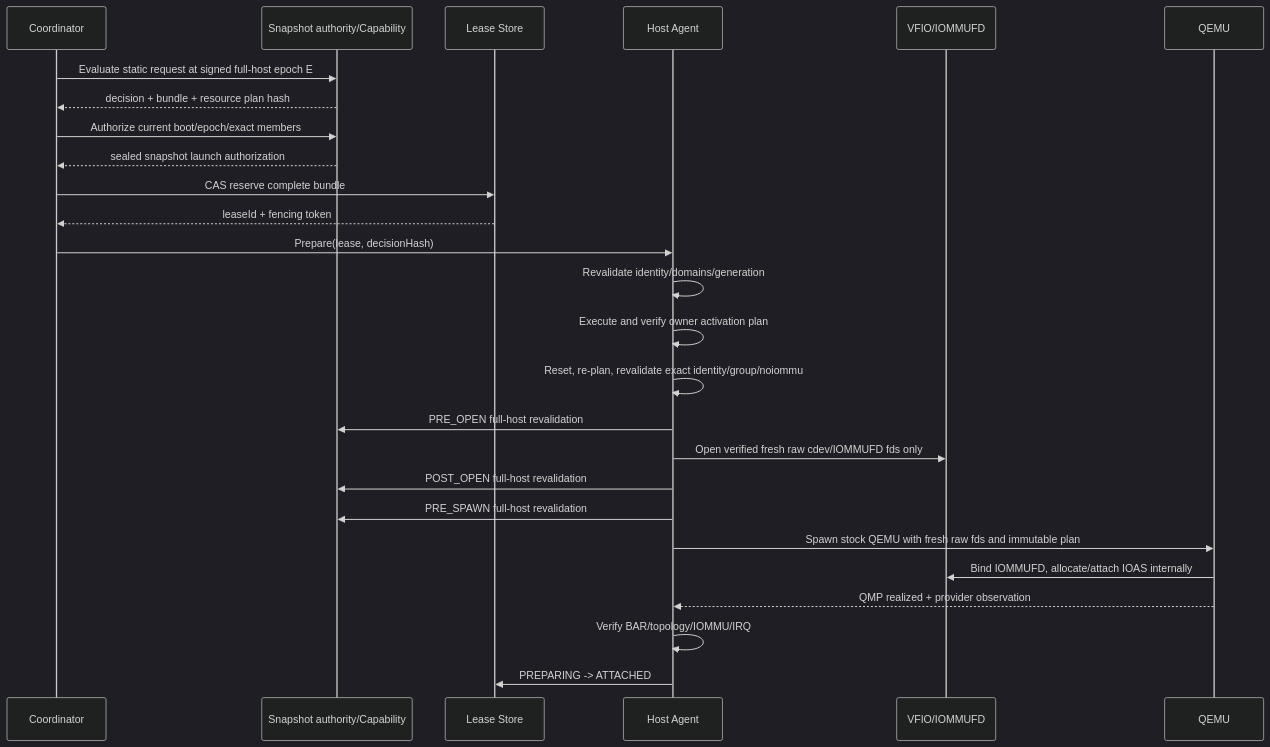
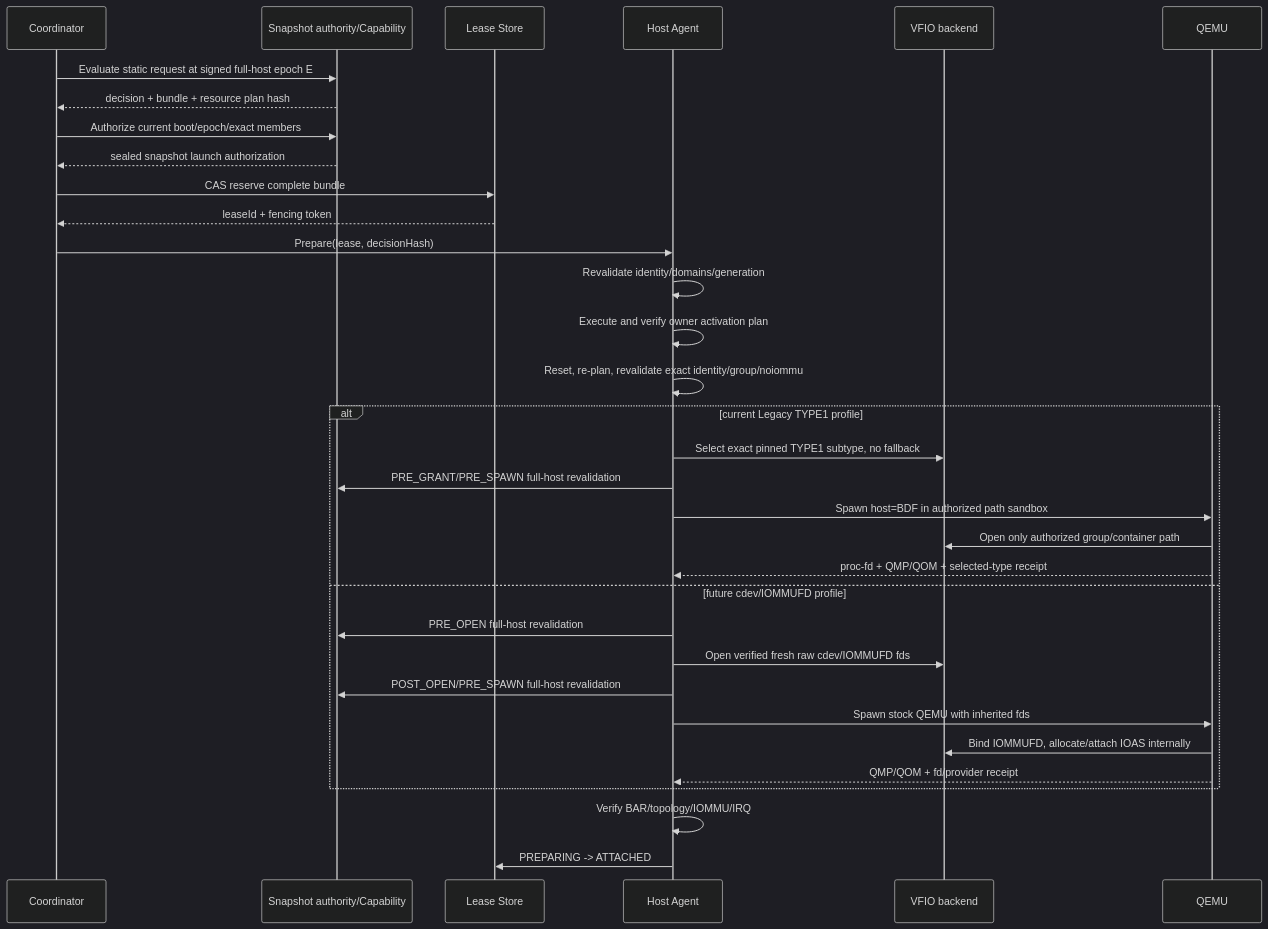
One commit to JoJoJoinme/pci-mmio-notes changed diagram 15 of 21 in qemu-static-dynamic-directpath-design.md. Above: the diagram before and after it, drawn with Mermaid (dark theme). The commit also changed other lines of this file and 48 other files, not shown here.

````diff
--- a/qemu-static-dynamic-directpath-design.md
+++ b/qemu-static-dynamic-directpath-design.md
@@ -1924,29 +1976,36 @@
 ```mermaid
 sequenceDiagram
     participant C as Coordinator
     participant S as Snapshot authority/Capability
     participant L as Lease Store
     participant H as Host Agent
-    participant V as VFIO/IOMMUFD
+    participant V as VFIO backend
     participant Q as QEMU
 
     C->>S: Evaluate static request at signed full-host epoch E
     S-->>C: decision + bundle + resource plan hash
     C->>S: Authorize current boot/epoch/exact members
     S-->>C: sealed snapshot launch authorization
     C->>L: CAS reserve complete bundle
     L-->>C: leaseId + fencing token
     C->>H: Prepare(lease, decisionHash)
     H->>H: Revalidate identity/domains/generation
     H->>H: Execute and verify owner activation plan
     H->>H: Reset, re-plan, revalidate exact identity/group/noiommu
-    H->>S: PRE_OPEN full-host revalidation
-    H->>V: Open verified fresh raw cdev/IOMMUFD fds only
-    H->>S: POST_OPEN full-host revalidation
-    H->>S: PRE_SPAWN full-host revalidation
-    H->>Q: Spawn stock QEMU with fresh raw fds and immutable plan
-    Q->>V: Bind IOMMUFD, allocate/attach IOAS internally
-    Q-->>H: QMP realized + provider observation
+    alt current Legacy TYPE1 profile
+        H->>V: Select exact pinned TYPE1 subtype, no fallback
+        H->>S: PRE_GRANT/PRE_SPAWN full-host revalidation
+        H->>Q: Spawn host=BDF in authorized path sandbox
+        Q->>V: Open only authorized group/container path
+        Q-->>H: proc-fd + QMP/QOM + selected-type receipt
+    else future cdev/IOMMUFD profile
+        H->>S: PRE_OPEN full-host revalidation
+        H->>V: Open verified fresh raw cdev/IOMMUFD fds
+        H->>S: POST_OPEN/PRE_SPAWN full-host revalidation
+        H->>Q: Spawn stock QEMU with inherited fds
+        Q->>V: Bind IOMMUFD, allocate/attach IOAS internally
+        Q-->>H: QMP/QOM + fd/provider receipt
+    end
     H->>H: Verify BAR/topology/IOMMU/IRQ
     H->>L: PREPARING -> ATTACHED
 ```
````
